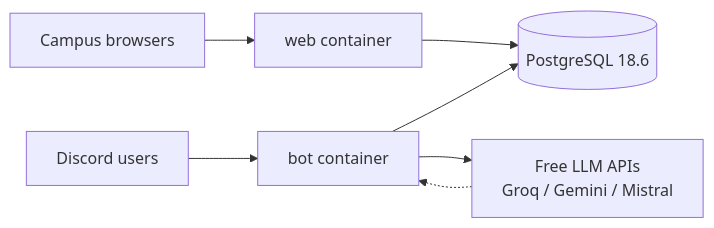
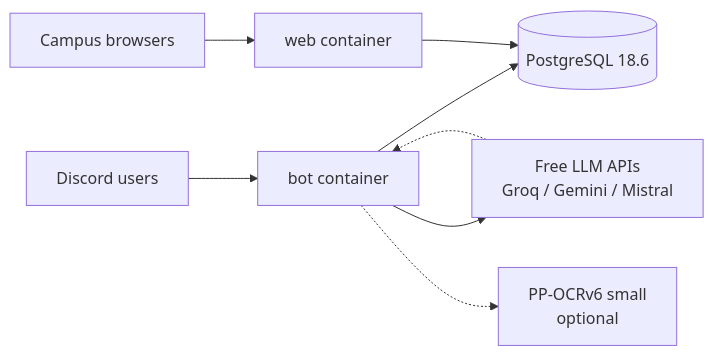
Before and after one commit to Lrniey666/AIPAR-ETA: the diagram in docs/README.en-GB.md, drawn with Mermaid. The commit also changed other lines of this file and 97 other files, not shown here.

````diff
--- a/docs/README.en-GB.md
+++ b/docs/README.en-GB.md
@@ -116,9 +123,10 @@
 ```mermaid
 flowchart LR
   D[Discord users] --> B[bot container]
   C[Campus browsers] --> W[web container]
   B --> P[(PostgreSQL 18.6)]
   W --> P
   B --> L[Free LLM APIs<br/>Groq / Gemini / Mistral]
+  B -.-> O[PP-OCRv6 small<br/>optional]
   L -.-> B
 ```
````
